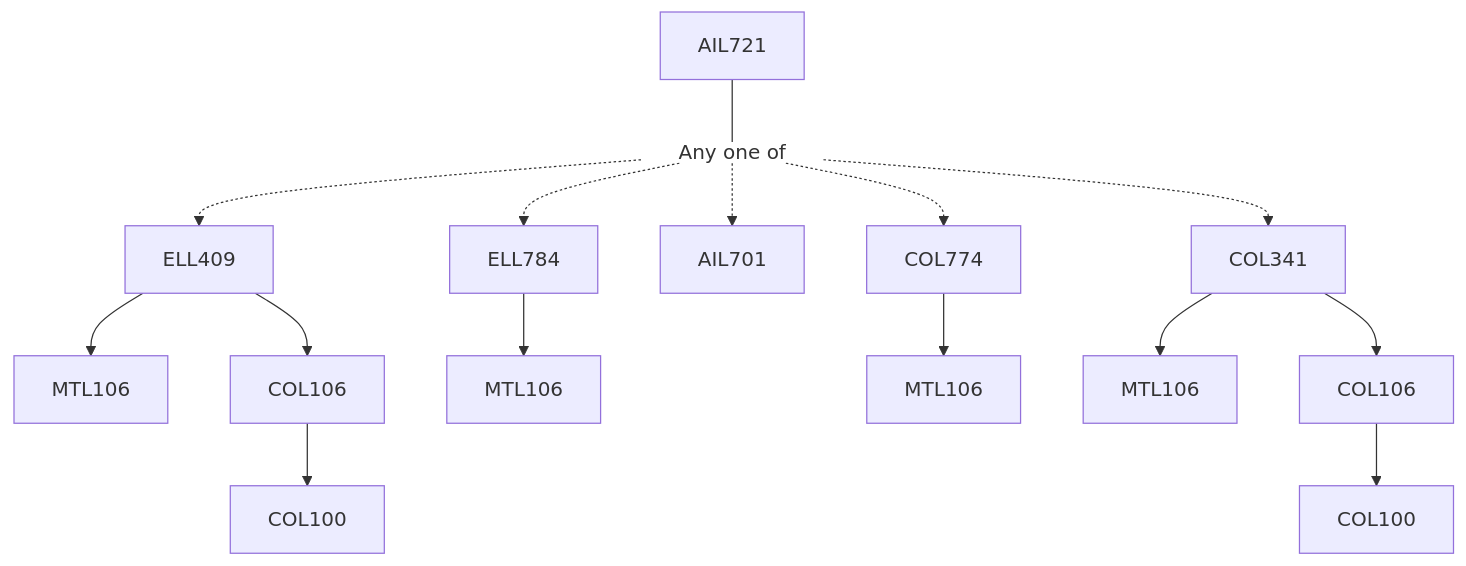
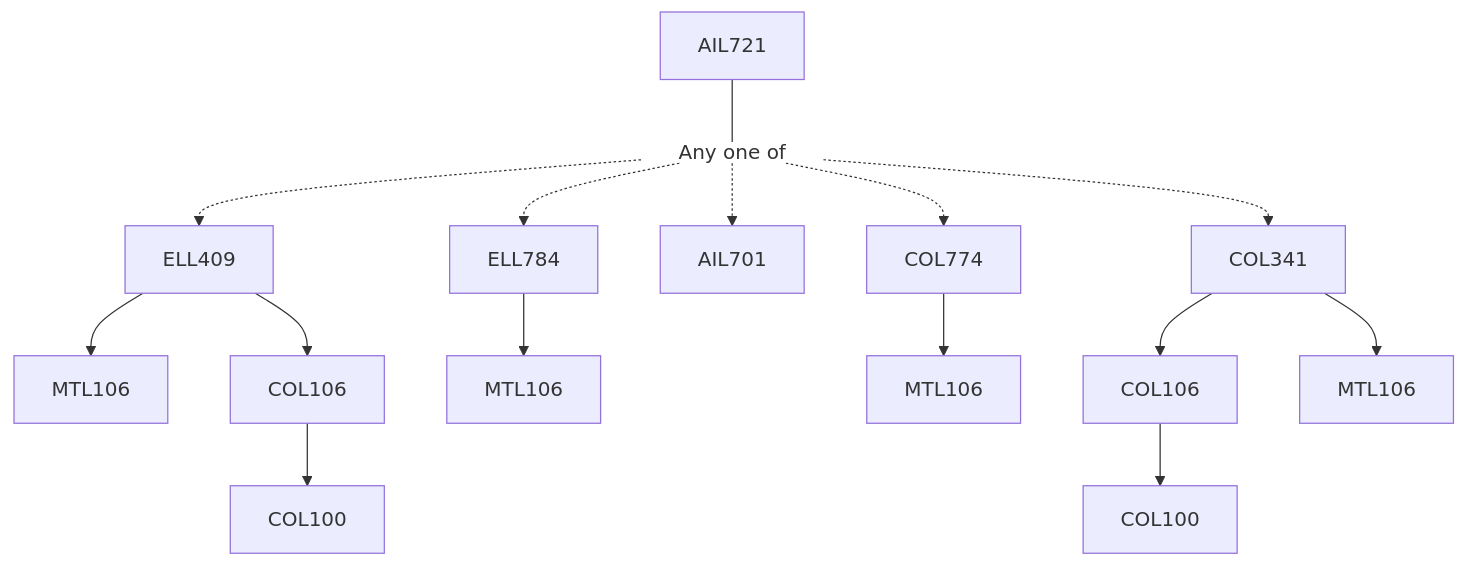
One commit to KeshavBansal0122/CoS_Website changed the diagram in content/School of Artificial Intelligence/AIL721.md. Above: the diagram before and after it, drawn with Mermaid. The commit also changed other lines of this file and 392 other files, not shown here.

````diff
--- a/content/School of Artificial Intelligence/AIL721.md
+++ b/content/School of Artificial Intelligence/AIL721.md
@@ -15,21 +15,21 @@
 ```mermaid
 flowchart TD
 AIL721-1235[AIL721]
 AIL721-1235 --- Or1236[Any one of]:::empty
+Or1236 -.-> ELL409-1237[ELL409]
 ELL409-1237 --> MTL106-1237[MTL106]
 COL106-1237 --> COL100-1237[COL100]
-Or1236 -.-> ELL409-1237[ELL409]
 ELL409-1237 --> COL106-1237[COL106]
 Or1236 -.-> ELL784-1238[ELL784]
 ELL784-1238 --> MTL106-1238[MTL106]
 Or1236 -.-> AIL701-1239[AIL701]
 Or1236 -.-> COL774-1240[COL774]
 COL774-1240 --> MTL106-1240[MTL106]
-COL341-1241 --> MTL106-1241[MTL106]
+Or1236 -.-> COL341-1241[COL341]
 COL341-1241 --> COL106-1241[COL106]
 COL106-1241 --> COL100-1241[COL100]
-Or1236 -.-> COL341-1241[COL341]
+COL341-1241 --> MTL106-1241[MTL106]
 
 classDef empty height:17px, fill:transparent, stroke:transparent;
 classDef trueEmpty height:0px, width:0px;
 ```
````
